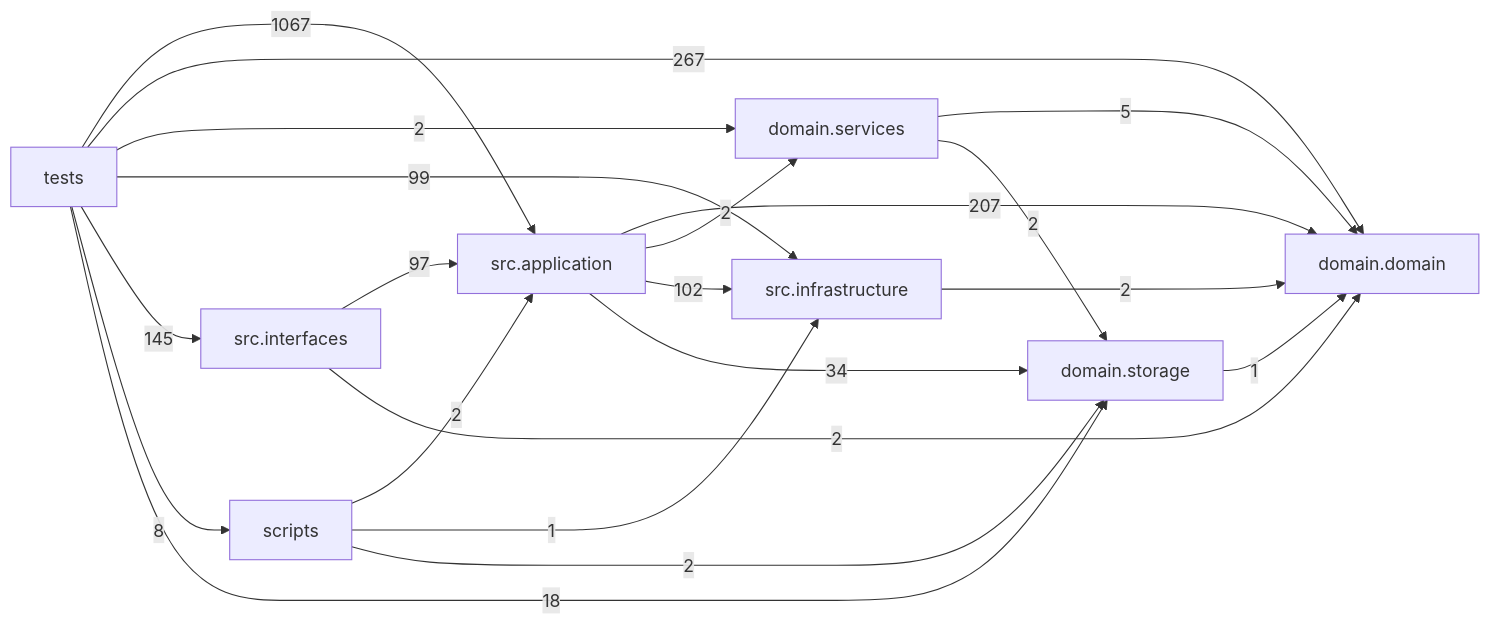
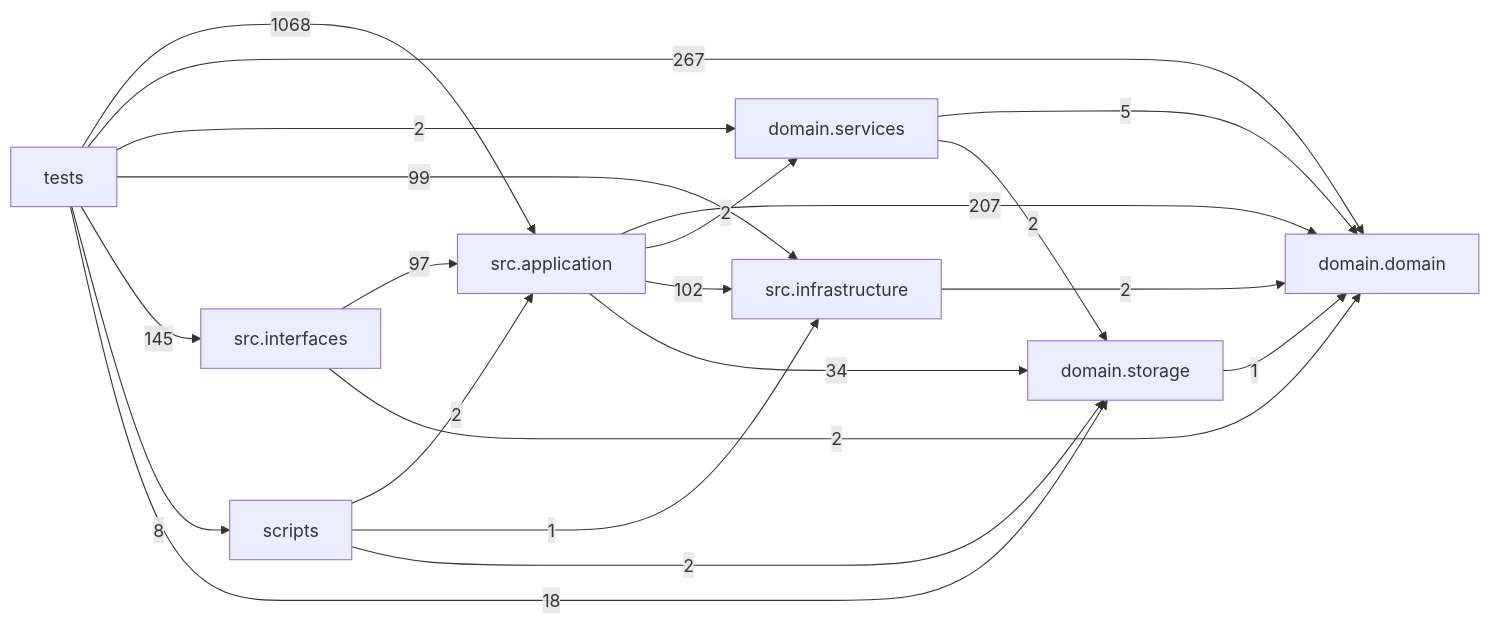
The diagram in docs/DEPENDENCY_GRAPH.md (liuxie066/options-monitor), drawn with Mermaid before and after one commit. The commit also changed other lines of this file and 6 other files, not shown here.

````diff
--- a/docs/DEPENDENCY_GRAPH.md
+++ b/docs/DEPENDENCY_GRAPH.md
@@ -24,31 +24,31 @@
 ```mermaid
 flowchart LR
   tests["tests"]
   scripts["scripts"]
   interfaces["src.interfaces"]
   application["src.application"]
   infrastructure["src.infrastructure"]
   domain_services["domain.services"]
   domain["domain.domain"]
   storage["domain.storage"]
   application -->|207| domain
   application -->|2| domain_services
   application -->|102| infrastructure
   application -->|34| storage
   domain_services -->|5| domain
   domain_services -->|2| storage
   infrastructure -->|2| domain
   interfaces -->|97| application
   interfaces -->|2| domain
   scripts -->|2| application
   scripts -->|1| infrastructure
   scripts -->|2| storage
   storage -->|1| domain
-  tests -->|1067| application
+  tests -->|1068| application
   tests -->|267| domain
   tests -->|2| domain_services
   tests -->|99| infrastructure
   tests -->|145| interfaces
   tests -->|8| scripts
   tests -->|18| storage
 ```
````
